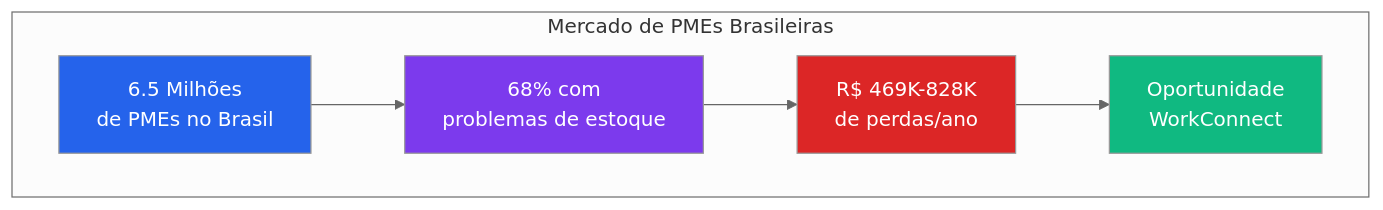
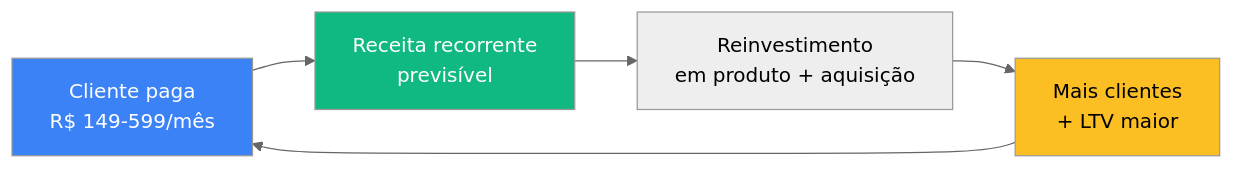
One commit to matheusmendes720/workconnect-tcc changed the first of 8 diagrams in documentation/docs/estrategia/bmc-canvas.mdx. Above: the diagram before and after it, drawn with Mermaid (neutral theme). The commit also changed other lines of this file and 16 other files, not shown here.

````diff
--- a/documentation/docs/estrategia/bmc-canvas.mdx
+++ b/documentation/docs/estrategia/bmc-canvas.mdx
@@ -23,13 +32,11 @@
 ```mermaid
-flowchart TB
-    subgraph MERCADO["Mercado de PMEs Brasileiras"]
-        A[6.5 Milhões<br/>de PMEs no Brasil] --> B[68% com<br/>problemas de estoque]
-        B --> C[R$ 469K-828K<br/>de perdas/ano]
-        C --> D[Oportunidade<br/>WorkConnect]
-    end
-    
-    style A fill:#2563eb,color:#fff
-    style B fill:#7c3aed,color:#fff
-    style C fill:#dc2626,color:#fff
-    style D fill:#10b981,color:#fff
+flowchart LR
+    A[Cliente paga<br/>R$ 149-599/mês] --> B[Receita recorrente<br/>previsível]
+    B --> C[Reinvestimento<br/>em produto + aquisição]
+    C --> D[Mais clientes<br/>+ LTV maior]
+    D --> A
+
+    style A fill:#3b82f6,color:#fff
+    style B fill:#10b981,color:#fff
+    style D fill:#fbbf24,color:#000
 ```
````
